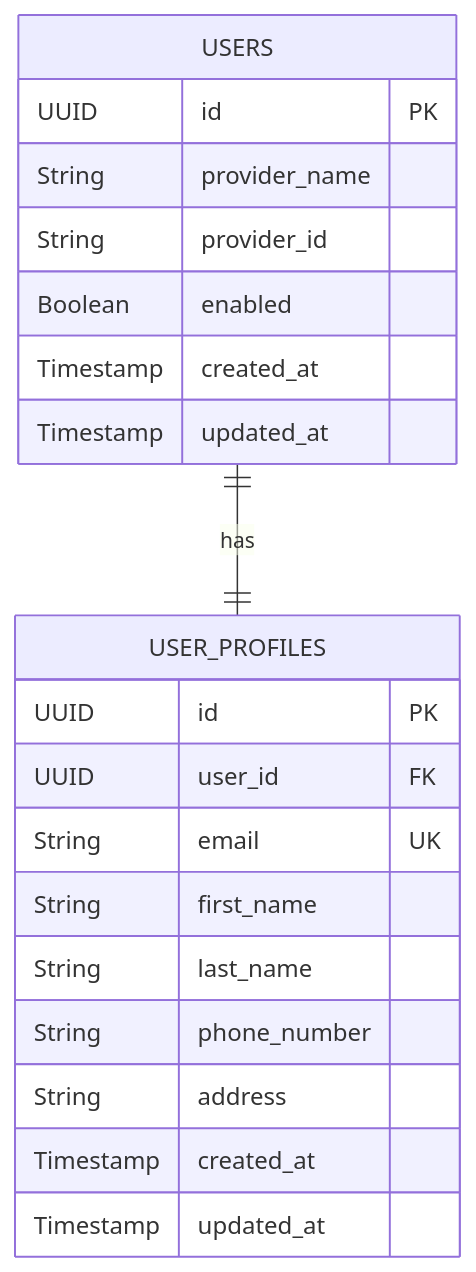
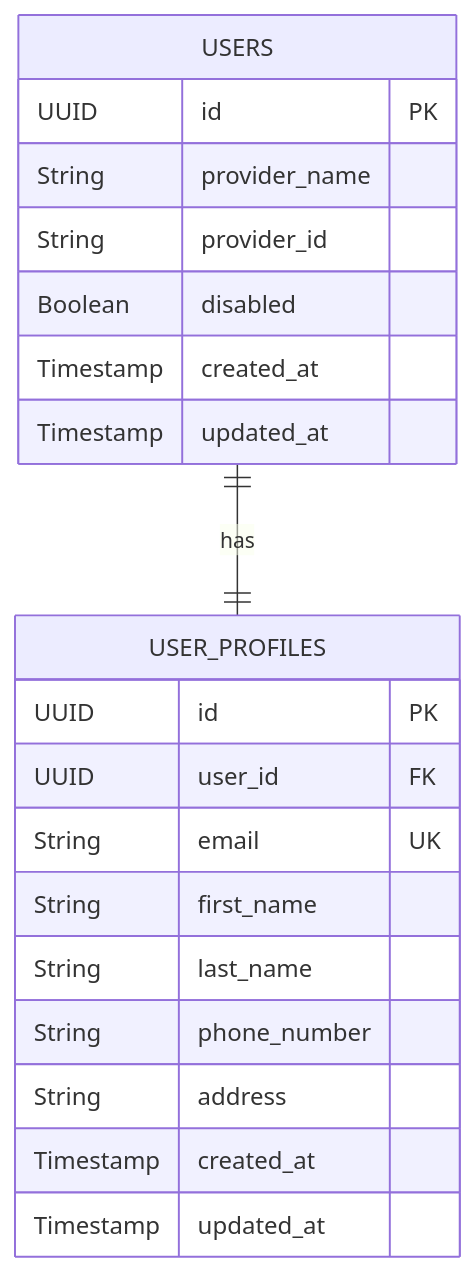
One commit to thongdanghoang/scalable-ecommerce-platform changed the diagram in specs/002-user-auth-profile/data-model.md. Above: the diagram before and after it, drawn with Mermaid. The commit also changed other lines of this file and 6 other files, not shown here.

````diff
--- a/specs/002-user-auth-profile/data-model.md
+++ b/specs/002-user-auth-profile/data-model.md
@@ -8,23 +8,23 @@
 ```mermaid
 erDiagram
     USERS ||--|| USER_PROFILES: "has"
     USERS {
         UUID id PK
         String provider_name
         String provider_id
-        Boolean enabled
+        Boolean disabled
         Timestamp created_at
         Timestamp updated_at
     }
     USER_PROFILES {
         UUID id PK
         UUID user_id FK
         String email UK
         String first_name
         String last_name
         String phone_number
         String address
         Timestamp created_at
         Timestamp updated_at
     }
 ```
````
